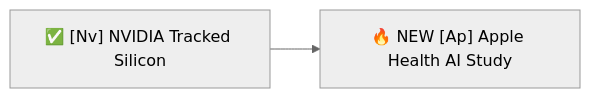
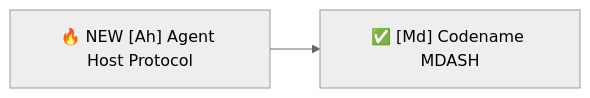
Before and after one commit to NutCodeLaw/cyber-paparazzi: the second of 3 diagrams in LATEST.md, drawn with Mermaid (neutral theme). The commit also changed other lines of this file and 10 other files, not shown here.

````diff
--- a/LATEST.md
+++ b/LATEST.md
@@ -36,6 +36,6 @@
 ```mermaid
 flowchart LR
-    E0["✅ [Nv] NVIDIA Tracked Silicon"]
-    E1["🔥 NEW [Ap] Apple Health AI Study"]
+    E0["🔥 NEW [Ah] Agent Host Protocol"]
+    E1["✅ [Md] Codename MDASH"]
     E0 --> E1
 ```
````
